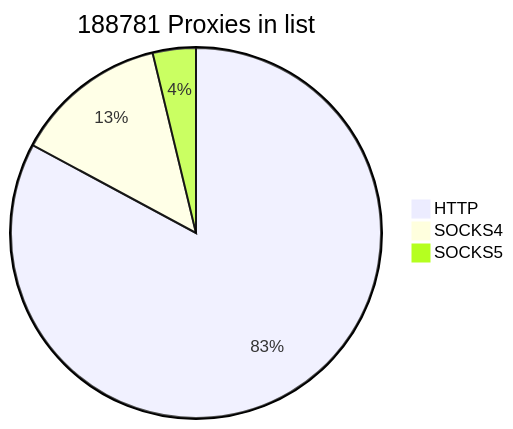
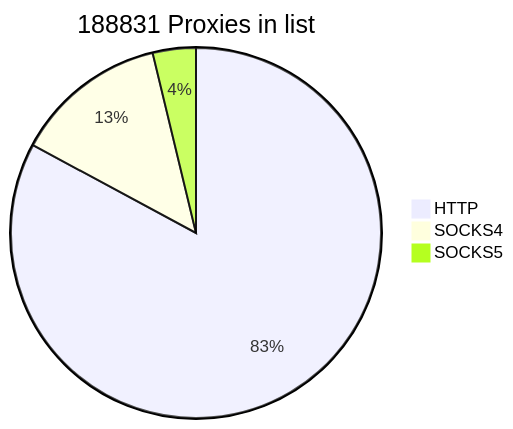
Before and after one commit to cutipu/proxylist: the first of 2 diagrams in README.md, drawn with Mermaid. The commit also changed other lines of this file, not shown here.

````diff
--- a/README.md
+++ b/README.md
@@ -2,7 +2,7 @@
 ```mermaid
-pie title 188781 Proxies in list
-    "HTTP" : 156428
+pie title 188831 Proxies in list
+    "HTTP" : 156478
     "SOCKS4" : 25251
     "SOCKS5" : 7102
             
 ```
````
